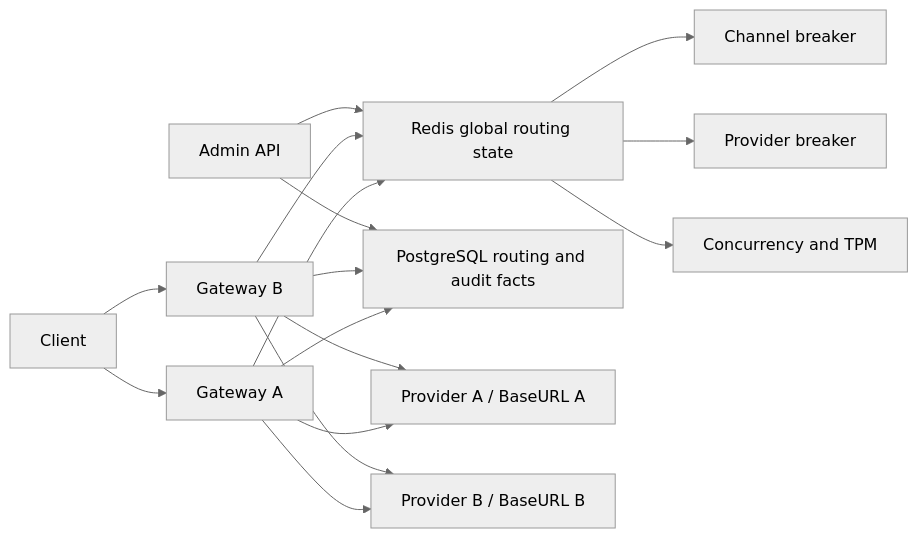
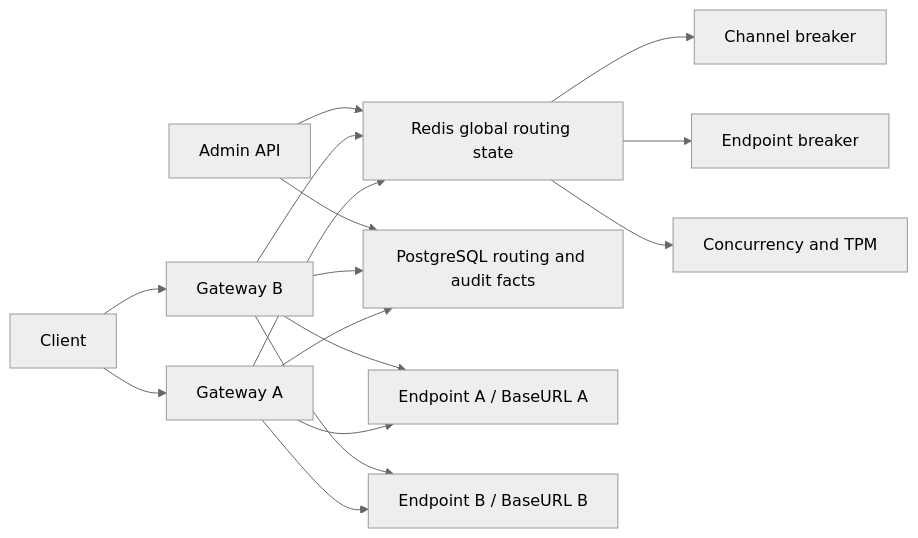
One commit to ThankCat/unio-api changed the diagram in docs/production/ROUTING_P4_GLOBAL_BREAKER_PROVIDER_PLAN.md. Above: the diagram before and after it, drawn with Mermaid (neutral theme). The commit also changed other lines of this file and 430 other files, not shown here.

````diff
--- a/docs/production/ROUTING_P4_GLOBAL_BREAKER_PROVIDER_PLAN.md
+++ b/docs/production/ROUTING_P4_GLOBAL_BREAKER_PROVIDER_PLAN.md
@@ -201,18 +391,18 @@
 ```mermaid
 flowchart LR
     C["Client"] --> G1["Gateway A"]
     C --> G2["Gateway B"]
     G1 --> R["Redis global routing state"]
     G2 --> R
     G1 --> DB["PostgreSQL routing and audit facts"]
     G2 --> DB
     R --> CB["Channel breaker"]
-    R --> PB["Provider breaker"]
+    R --> EB["Endpoint breaker"]
     R --> CAP["Concurrency and TPM"]
-    G1 --> P1["Provider A / BaseURL A"]
-    G2 --> P1
-    G1 --> P2["Provider B / BaseURL B"]
-    G2 --> P2
+    G1 --> E1["Endpoint A / BaseURL A"]
+    G2 --> E1
+    G1 --> E2["Endpoint B / BaseURL B"]
+    G2 --> E2
     A["Admin API"] --> DB
     A --> R
 ```
````
